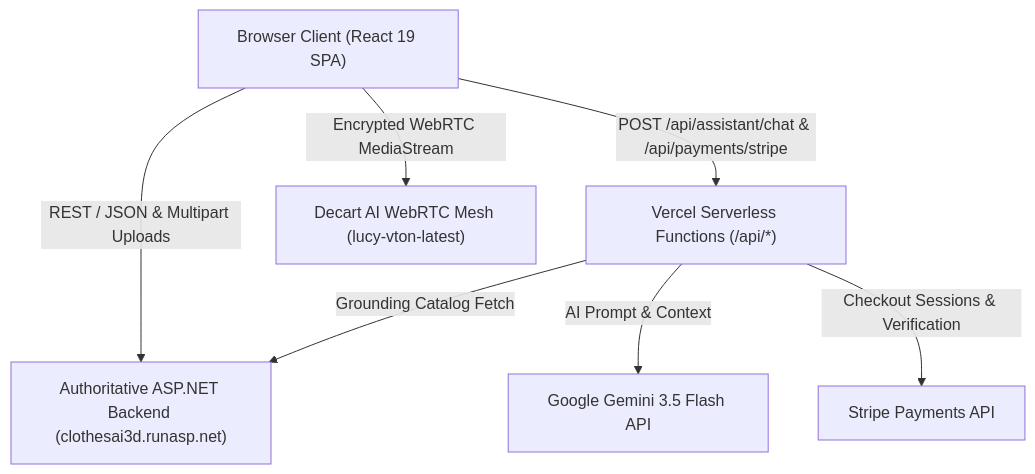
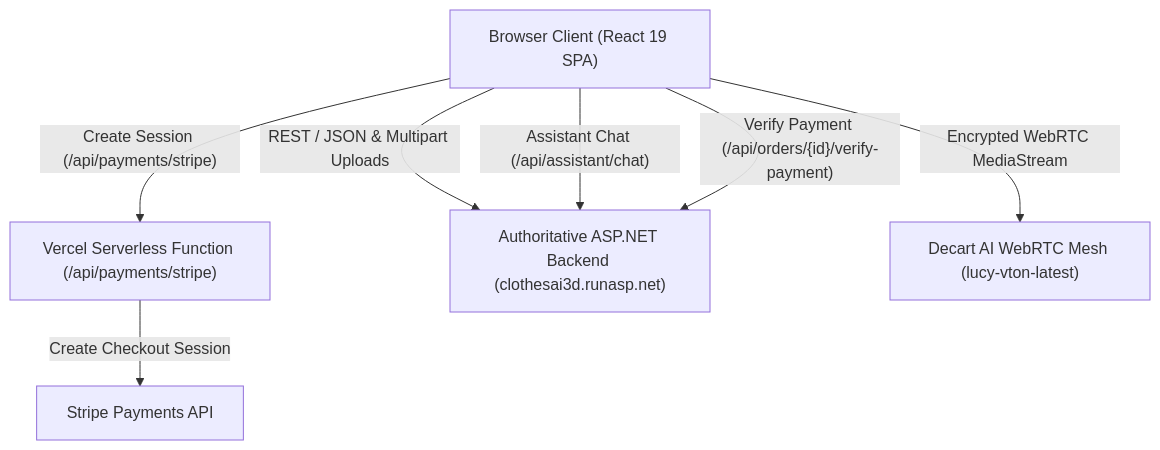
The first of 11 diagrams in README.md (gamalwessam21/TryOnStudio), drawn with Mermaid before and after one commit. The commit also changed other lines of this file, not shown here.

Commit message:
docs: align README with authoritative backend Swagger specification

````diff
--- a/README.md
+++ b/README.md
@@ -209,17 +225,16 @@
 ```mermaid
 flowchart TD
     Client["Browser Client (React 19 SPA)"]
-    VercelEdge["Vercel Serverless Functions (/api/*)"]
+    VercelEdge["Vercel Serverless Function (/api/payments/stripe)"]
     DotNetBackend["Authoritative ASP.NET Backend (clothesai3d.runasp.net)"]
     DecartAI["Decart AI WebRTC Mesh (lucy-vton-latest)"]
-    GeminiAPI["Google Gemini 3.5 Flash API"]
     StripeAPI["Stripe Payments API"]
 
     Client -->|"REST / JSON & Multipart Uploads"| DotNetBackend
+    Client -->|"Assistant Chat (/api/assistant/chat)"| DotNetBackend
     Client -->|"Encrypted WebRTC MediaStream"| DecartAI
-    Client -->|"POST /api/assistant/chat & /api/payments/stripe"| VercelEdge
+    Client -->|"Create Session (/api/payments/stripe)"| VercelEdge
 
-    VercelEdge -->|"Grounding Catalog Fetch"| DotNetBackend
-    VercelEdge -->|"AI Prompt & Context"| GeminiAPI
-    VercelEdge -->|"Checkout Sessions & Verification"| StripeAPI
+    VercelEdge -->|"Create Checkout Session"| StripeAPI
+    Client -->|"Verify Payment (/api/orders/{id}/verify-payment)"| DotNetBackend
 ```
````
